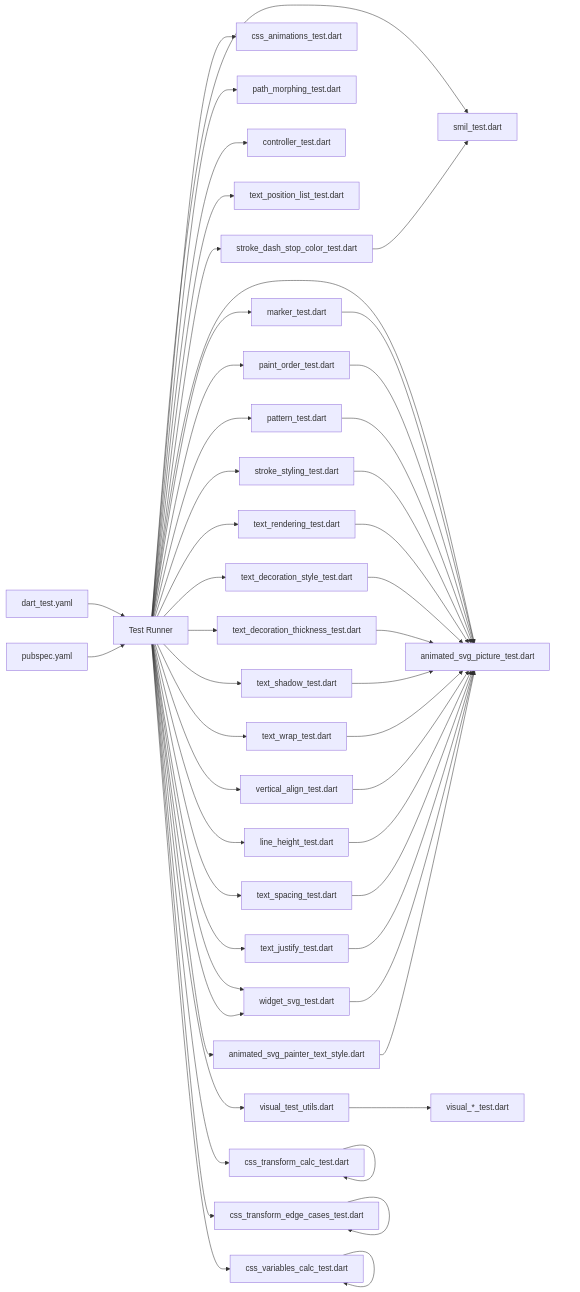
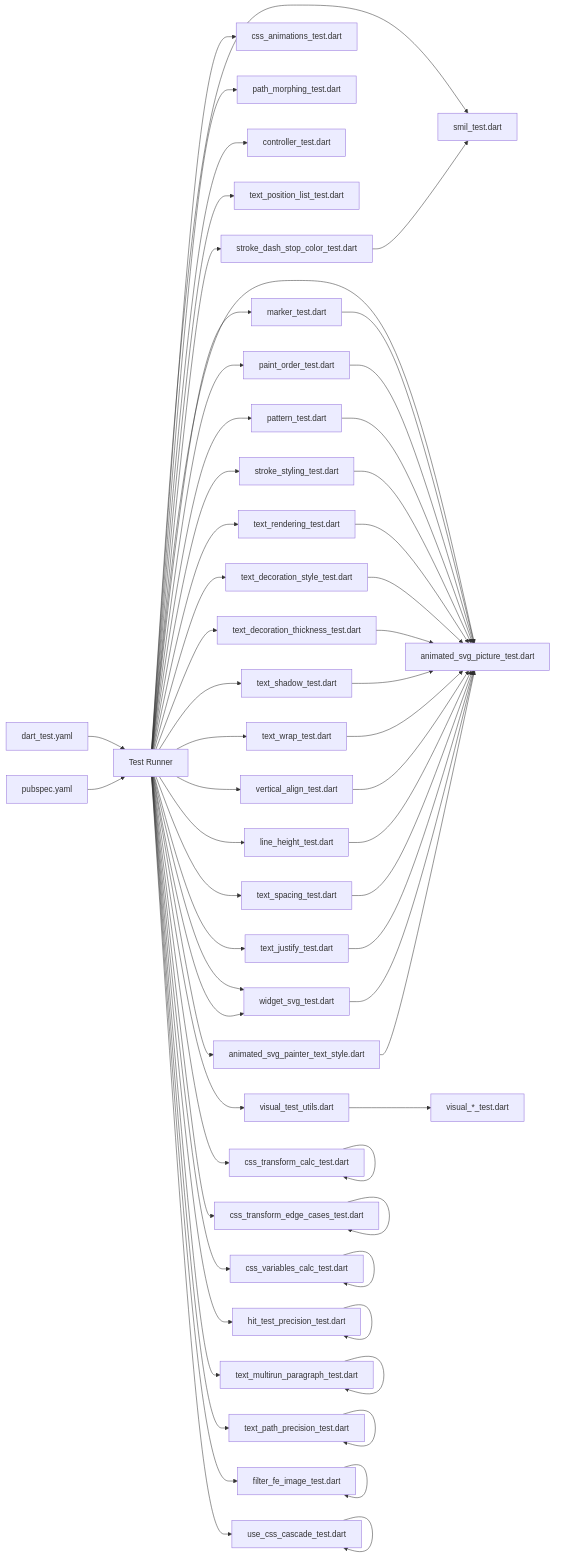
The ninth of 9 diagrams in .qoder/repowiki/en/content/Testing and Quality Assurance.md (denisnadey/flutter_full_svg_support), drawn with Mermaid before and after one commit. The commit also changed other lines of this file and 30 other files, not shown here.

First line of the commit message:
feat(svg): enhance use element symbol inheritance with full CSS cascade support

````diff
--- a/.qoder/repowiki/en/content/Testing and Quality Assurance.md
+++ b/.qoder/repowiki/en/content/Testing and Quality Assurance.md
@@ -718,52 +1091,62 @@
 ```mermaid
 graph LR
 D["dart_test.yaml"] --> T["Test Runner"]
 P["pubspec.yaml"] --> T
 T --> V["visual_test_utils.dart"]
 T --> S["smil_test.dart"]
 T --> C["css_animations_test.dart"]
 T --> PM["path_morphing_test.dart"]
 T --> CT["controller_test.dart"]
 T --> AP["animated_svg_picture_test.dart"]
 T --> TP["text_position_list_test.dart"]
 T --> MK["marker_test.dart"]
 T --> PO["paint_order_test.dart"]
 T --> PT["pattern_test.dart"]
 T --> SS["stroke_styling_test.dart"]
 T --> TR["text_rendering_test.dart"]
 T --> TDS["text_decoration_style_test.dart"]
 T --> TDT["text_decoration_thickness_test.dart"]
 T --> TSH["text_shadow_test.dart"]
 T --> TW["text_wrap_test.dart"]
 T --> VA["vertical_align_test.dart"]
 T --> LH["line_height_test.dart"]
 T --> TS["text_spacing_test.dart"]
 T --> TJ["text_justify_test.dart"]
 T --> WS["white_space_test.dart"]
 T --> SDSC["stroke_dash_stop_color_test.dart"]
 T --> ASTS["animated_svg_painter_text_style.dart"]
 T --> WS["widget_svg_test.dart"]
 T --> CTC["css_transform_calc_test.dart"]
 T --> CTEC["css_transform_edge_cases_test.dart"]
 T --> CVC["css_variables_calc_test.dart"]
+T --> HTP["hit_test_precision_test.dart"]
+T --> TMP["text_multirun_paragraph_test.dart"]
+T --> TPP["text_path_precision_test.dart"]
+T --> FFI["filter_fe_image_test.dart"]
+T --> UCC["use_css_cascade_test.dart"]
 V --> VT["visual_*_test.dart"]
 MK --> AP
 PO --> AP
 PT --> AP
 SS --> AP
 TR --> AP
 TDS --> AP
 TDT --> AP
 TSH --> AP
 TW --> AP
 VA --> AP
 LH --> AP
 TS --> AP
 TJ --> AP
 WS --> AP
 SDSC --> S
 ASTS --> AP
 CTC --> CTC
 CTEC --> CTEC
 CVC --> CVC
+HTP --> HTP
+TMP --> TMP
+TPP --> TPP
+FFI --> FFI
+UCC --> UCC
 ```
````
